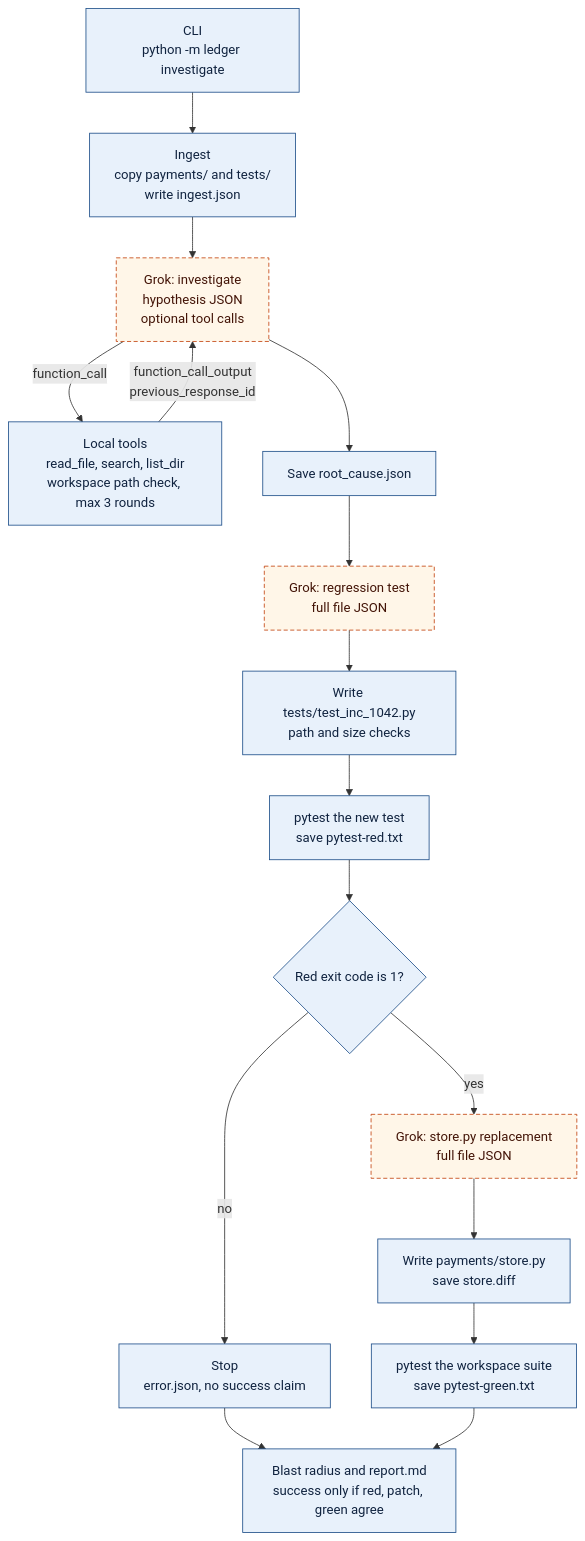
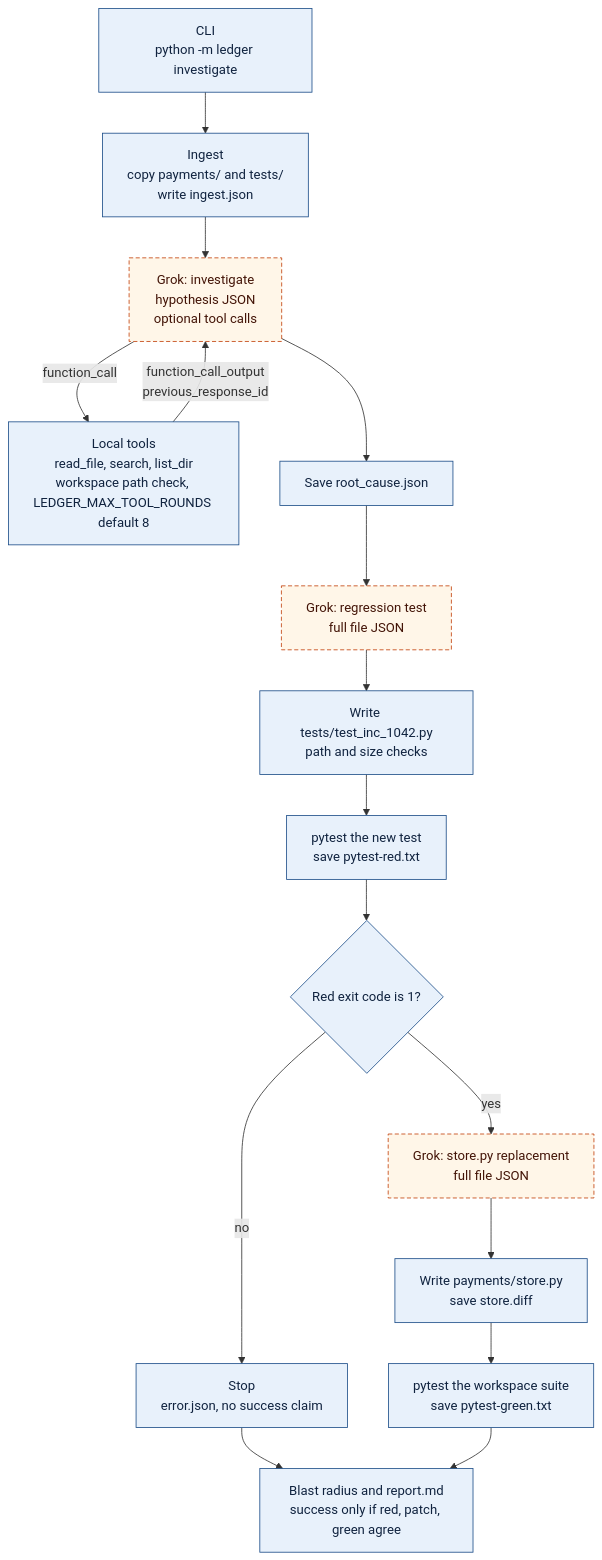
The diagram in docs/architecture.md (Kashish-1010/incident-remediation-agent-grok), drawn with Mermaid before and after one commit. The commit also changed other lines of this file and 5 other files, not shown here.

````diff
--- a/docs/architecture.md
+++ b/docs/architecture.md
@@ -7,30 +7,30 @@
 ```mermaid
 flowchart TD
   cli["CLI<br/>python -m ledger investigate"]
   ingest["Ingest<br/>copy payments/ and tests/<br/>write ingest.json"]
-  tools["Local tools<br/>read_file, search, list_dir<br/>workspace path check, max 3 rounds"]
+  tools["Local tools<br/>read_file, search, list_dir<br/>workspace path check, LEDGER_MAX_TOOL_ROUNDS default 8"]
   root["Save root_cause.json"]
   writeTest["Write tests/test_inc_1042.py<br/>path and size checks"]
   red["pytest the new test<br/>save pytest-red.txt"]
   gate{"Red exit code is 1?"}
   writeStore["Write payments/store.py<br/>save store.diff"]
   green["pytest the workspace suite<br/>save pytest-green.txt"]
   stop["Stop<br/>error.json, no success claim"]
   report["Blast radius and report.md<br/>success only if red, patch, green agree"]
 
   reason["Grok: investigate<br/>hypothesis JSON<br/>optional tool calls"]
   testCall["Grok: regression test<br/>full file JSON"]
   patchCall["Grok: store.py replacement<br/>full file JSON"]
 
   cli --> ingest --> reason
   reason -->|function_call| tools
   tools -->|function_call_output<br/>previous_response_id| reason
   reason --> root --> testCall --> writeTest --> red --> gate
   gate -->|no| stop --> report
   gate -->|yes| patchCall --> writeStore --> green --> report
 
   class cli,ingest,tools,root,writeTest,red,gate,writeStore,green,stop,report code
   class reason,testCall,patchCall grok
   classDef code fill:#e8f1fb,stroke:#1d4e89,color:#10233f
   classDef grok fill:#fff6e8,stroke:#c2410c,color:#431407,stroke-dasharray: 5 3
 ```
````
